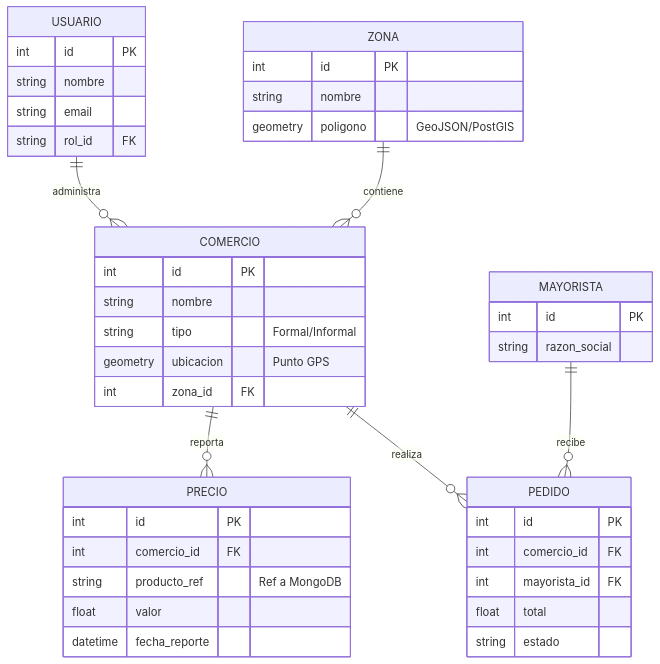
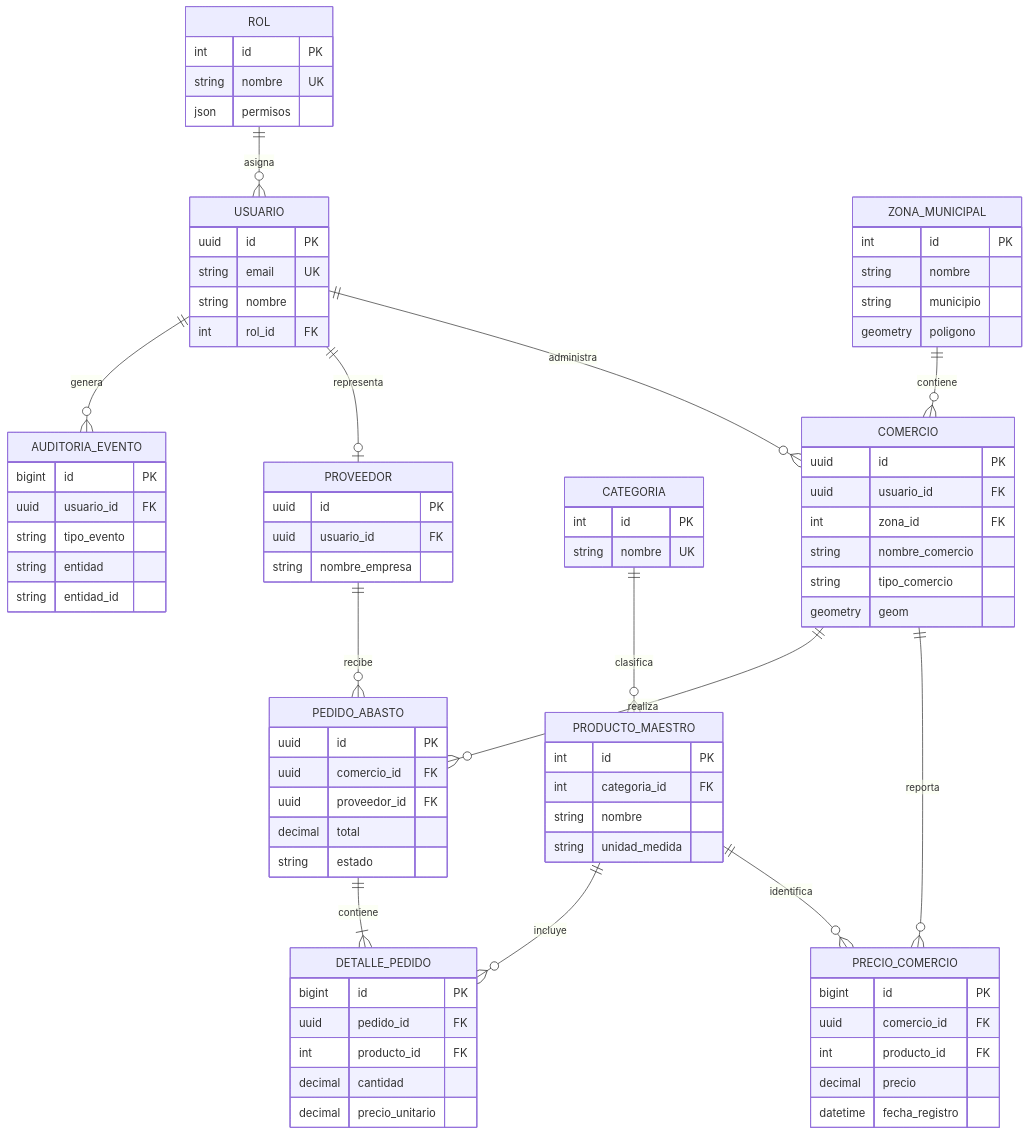
Before and after one commit to Mauro-MG/ProyectoFinal-IAC: the diagram in docs/diseno_datos.md, drawn with Mermaid. The commit also changed other lines of this file, not shown here.

Commit message:
Revise conceptual model and add integration details
Updated the conceptual model in the documentation to include new entities and relationships, and revised existing entity attributes for clarity and consistency. Added sections on MongoDB integration and caching strategies using Redis.

````diff
--- a/docs/diseno_datos.md
+++ b/docs/diseno_datos.md
@@ -7,44 +7,94 @@
 ```mermaid
 erDiagram
+    ROL ||--o{ USUARIO : asigna
     USUARIO ||--o{ COMERCIO : administra
-    COMERCIO ||--o{ PRECIO : reporta
-    COMERCIO ||--o{ PEDIDO : realiza
-    MAYORISTA ||--o{ PEDIDO : recibe
-    MAYORISTA {
+    USUARIO ||--o| PROVEEDOR : representa
+    ZONA_MUNICIPAL ||--o{ COMERCIO : contiene
+    CATEGORIA ||--o{ PRODUCTO_MAESTRO : clasifica
+    COMERCIO ||--o{ PRECIO_COMERCIO : reporta
+    PRODUCTO_MAESTRO ||--o{ PRECIO_COMERCIO : identifica
+    COMERCIO ||--o{ PEDIDO_ABASTO : realiza
+    PROVEEDOR ||--o{ PEDIDO_ABASTO : recibe
+    PEDIDO_ABASTO ||--|{ DETALLE_PEDIDO : contiene
+    PRODUCTO_MAESTRO ||--o{ DETALLE_PEDIDO : incluye
+    USUARIO ||--o{ AUDITORIA_EVENTO : genera
+
+    ROL {
         int id PK
-        string razon_social
+        string nombre UK
+        json permisos
     }
+
     USUARIO {
+        uuid id PK
+        string email UK
+        string nombre
+        int rol_id FK
+    }
+
+    ZONA_MUNICIPAL {
         int id PK
         string nombre
-        string email
-        string rol_id FK
+        string municipio
+        geometry poligono
     }
+
     COMERCIO {
+        uuid id PK
+        uuid usuario_id FK
+        int zona_id FK
+        string nombre_comercio
+        string tipo_comercio
+        geometry geom
+    }
+
+    CATEGORIA {
         int id PK
+        string nombre UK
+    }
+
+    PRODUCTO_MAESTRO {
+        int id PK
+        int categoria_id FK
         string nombre
-        string tipo "Formal/Informal"
-        geometry ubicacion "Punto GPS"
-        int zona_id FK
+        string unidad_medida
     }
-    ZONA {
-        int id PK
-        string nombre
-        geometry poligono "GeoJSON/PostGIS"
+
+    PRECIO_COMERCIO {
+        bigint id PK
+        uuid comercio_id FK
+        int producto_id FK
+        decimal precio
+        datetime fecha_registro
     }
-    PRECIO {
-        int id PK
-        int comercio_id FK
-        string producto_ref "Ref a MongoDB"
-        float valor
-        datetime fecha_reporte
+
+    PROVEEDOR {
+        uuid id PK
+        uuid usuario_id FK
+        string nombre_empresa
     }
-    PEDIDO {
-        int id PK
-        int comercio_id FK
-        int mayorista_id FK
-        float total
+
+    PEDIDO_ABASTO {
+        uuid id PK
+        uuid comercio_id FK
+        uuid proveedor_id FK
+        decimal total
         string estado
     }
-    ZONA ||--o{ COMERCIO : contiene
+
+    DETALLE_PEDIDO {
+        bigint id PK
+        uuid pedido_id FK
+        int producto_id FK
+        decimal cantidad
+        decimal precio_unitario
+    }
+
+    AUDITORIA_EVENTO {
+        bigint id PK
+        uuid usuario_id FK
+        string tipo_evento
+        string entidad
+        string entidad_id
+    }
 ```
````
